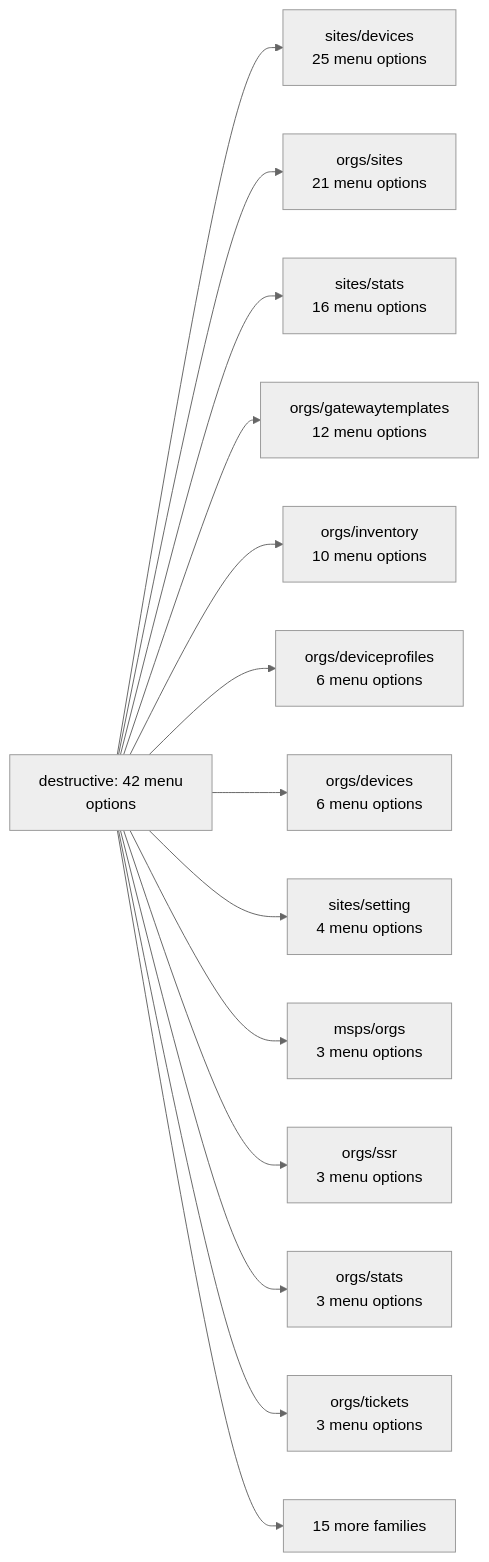
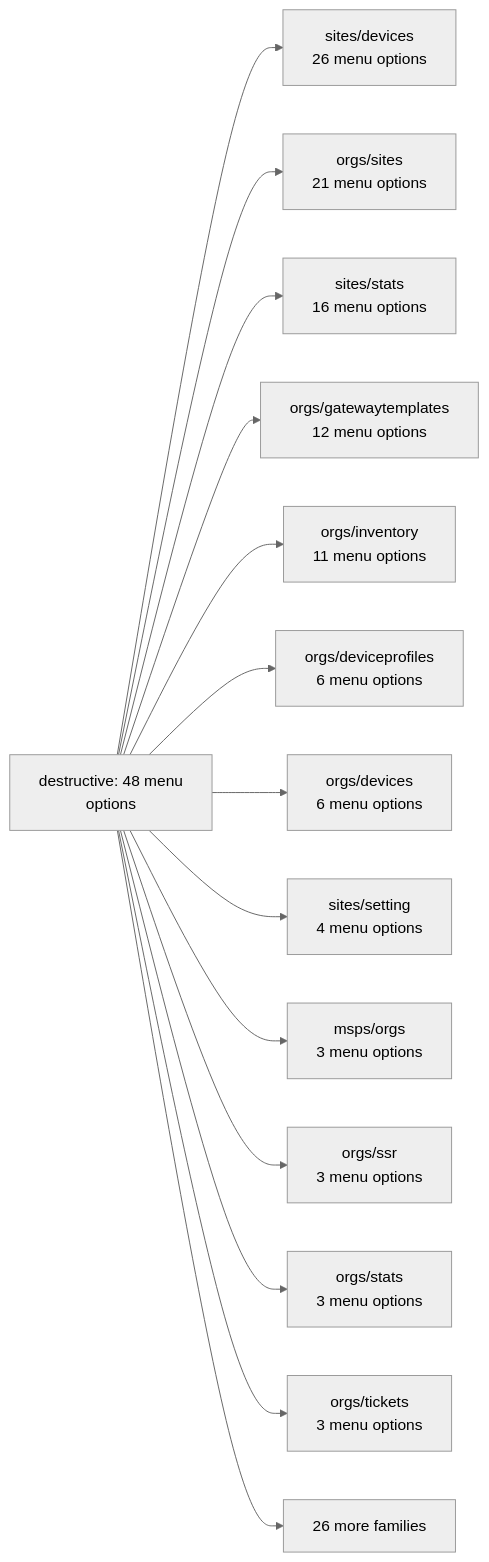
One commit to jmorrison-juniper/MistHelper changed the first of 31 diagrams in documentation/menu-api/destructive.md. Above: the diagram before and after it, drawn with Mermaid (neutral theme). The commit also changed other lines of this file and 23 other files, not shown here.

````diff
--- a/documentation/menu-api/destructive.md
+++ b/documentation/menu-api/destructive.md
@@ -19,17 +19,17 @@
 ```mermaid
 flowchart LR
-    root["destructive: 42 menu<br/>options"]
-    root --> f_sites_devices["sites/devices<br/>25 menu options"]
+    root["destructive: 48 menu<br/>options"]
+    root --> f_sites_devices["sites/devices<br/>26 menu options"]
     root --> f_orgs_sites["orgs/sites<br/>21 menu options"]
     root --> f_sites_stats["sites/stats<br/>16 menu options"]
     root --> f_orgs_gatewaytemplates["orgs/gatewaytemplates<br/>12 menu options"]
-    root --> f_orgs_inventory["orgs/inventory<br/>10 menu options"]
+    root --> f_orgs_inventory["orgs/inventory<br/>11 menu options"]
     root --> f_orgs_deviceprofiles["orgs/deviceprofiles<br/>6 menu options"]
     root --> f_orgs_devices["orgs/devices<br/>6 menu options"]
     root --> f_sites_setting["sites/setting<br/>4 menu options"]
     root --> f_msps_orgs["msps/orgs<br/>3 menu options"]
     root --> f_orgs_ssr["orgs/ssr<br/>3 menu options"]
     root --> f_orgs_stats["orgs/stats<br/>3 menu options"]
     root --> f_orgs_tickets["orgs/tickets<br/>3 menu options"]
-    root --> more["15 more families"]
+    root --> more["26 more families"]
 ```
````
